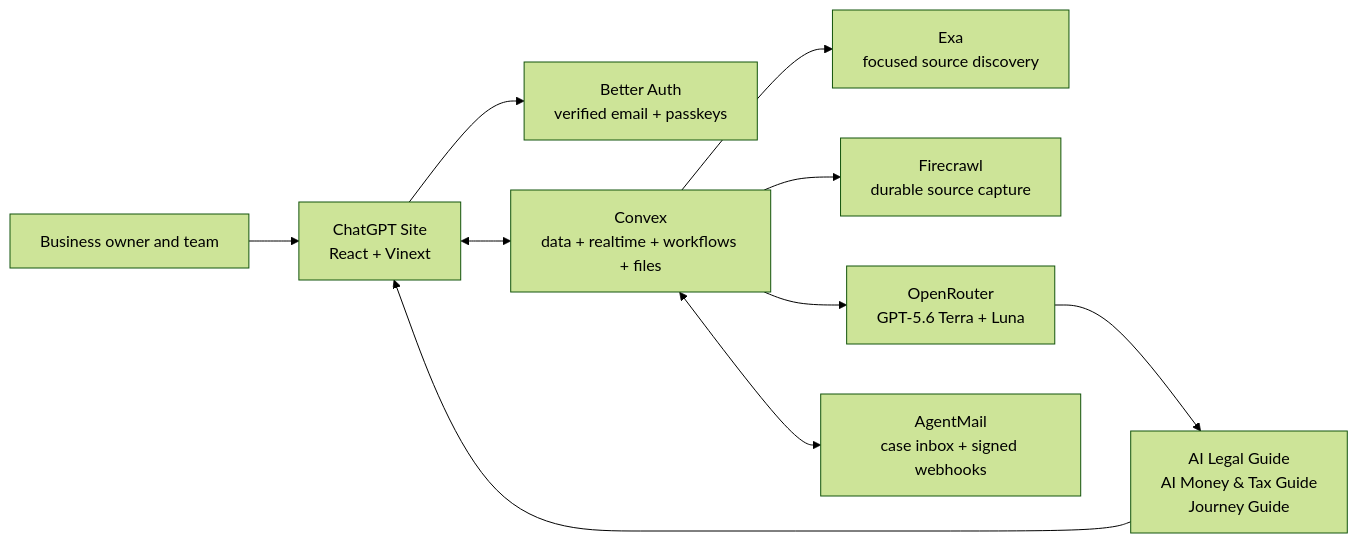
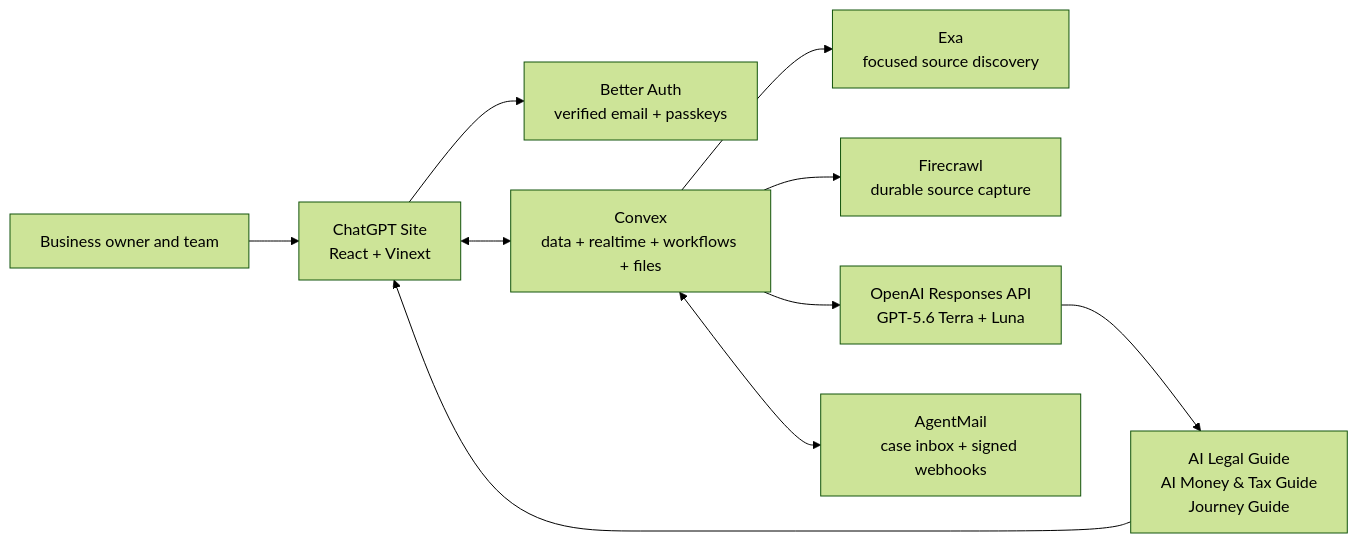
Before and after one commit to SouravBeraAkaSpeed/RibbonDesk: the diagram in README.md, drawn with Mermaid (forest theme). The commit also changed other lines of this file and 21 other files, not shown here.

````diff
--- a/README.md
+++ b/README.md
@@ -95,12 +95,12 @@
 ```mermaid
 flowchart LR
   U[Business owner and team] --> S[ChatGPT Site\nReact + Vinext]
   S --> A[Better Auth\nverified email + passkeys]
   S <--> C[Convex\ndata + realtime + workflows + files]
   C --> E[Exa\nfocused source discovery]
   C --> F[Firecrawl\ndurable source capture]
-  C --> O[OpenRouter\nGPT-5.6 Terra + Luna]
+  C --> O[OpenAI Responses API\nGPT-5.6 Terra + Luna]
   C <--> M[AgentMail\ncase inbox + signed webhooks]
   O --> G[AI Legal Guide\nAI Money & Tax Guide\nJourney Guide]
   G --> S
 ```
````
